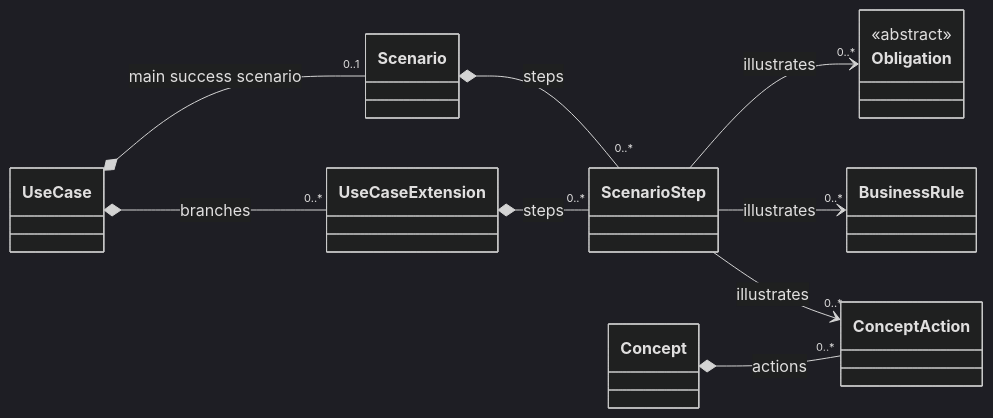
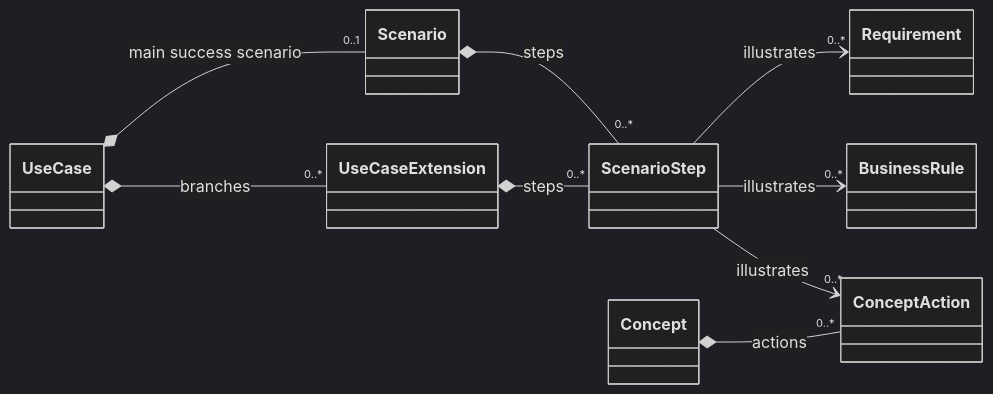
Before and after one commit to craigsmitham/dotspec: the eighth of 15 diagrams in docs/reference/model/core.md, drawn with Mermaid (dark theme). The commit also changed other lines of this file and 130 other files, not shown here.

````diff
--- a/docs/reference/model/core.md
+++ b/docs/reference/model/core.md
@@ -212,21 +192,20 @@
 ```mermaid
 classDiagram
     direction LR
     class UseCase
     class Scenario
     class ScenarioStep
     class UseCaseExtension
     class Concept
     class ConceptAction
-    class Obligation
-    <<abstract>> Obligation
+    class Requirement
     class BusinessRule
     UseCase *-- "0..1" Scenario : main success scenario
     UseCase *-- "0..*" UseCaseExtension : branches
     Scenario *-- "0..*" ScenarioStep : steps
     UseCaseExtension *-- "0..*" ScenarioStep : steps
     Concept *-- "0..*" ConceptAction : actions
-    ScenarioStep --> "0..*" Obligation : illustrates
+    ScenarioStep --> "0..*" Requirement : illustrates
     ScenarioStep --> "0..*" BusinessRule : illustrates
     ScenarioStep --> "0..*" ConceptAction : illustrates
 ```
````
